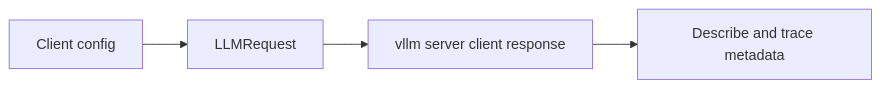
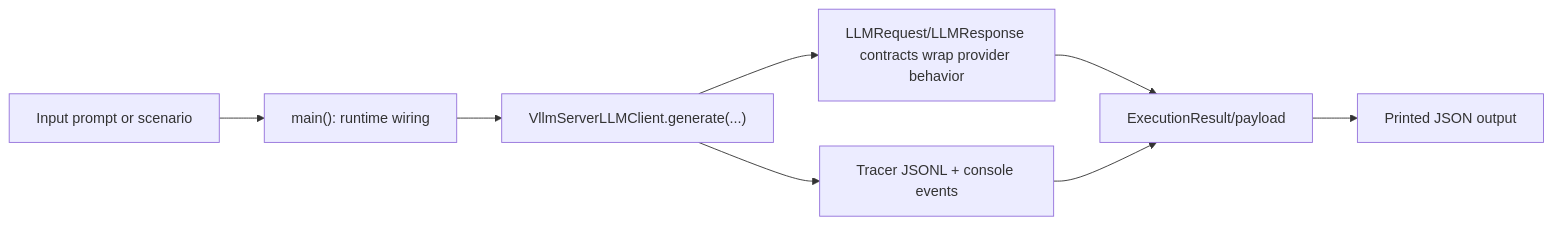
The diagram in docs/examples/clients/vllm_server_client.rst (cmudrc/design-research-agents), drawn with Mermaid before and after one commit. The commit also changed other lines of this file and 83 other files, not shown here.

```diff
--- a/docs/examples/clients/vllm_server_client.rst
+++ b/docs/examples/clients/vllm_server_client.rst
@@ -21,6 +22,10 @@
 .. mermaid::
 
    flowchart LR
-       A["Client config"] --> B["LLMRequest"]
-       B --> C["vllm server client response"]
-       C --> D["Describe and trace metadata"]
+       A["Input prompt or scenario"] --> B["main(): runtime wiring"]
+       B --> C["VllmServerLLMClient.generate(...)"]
+       C --> D["LLMRequest/LLMResponse contracts wrap provider behavior"]
+       C --> E["Tracer JSONL + console events"]
+       D --> F["ExecutionResult/payload"]
+       E --> F
+       F --> G["Printed JSON output"]
```
